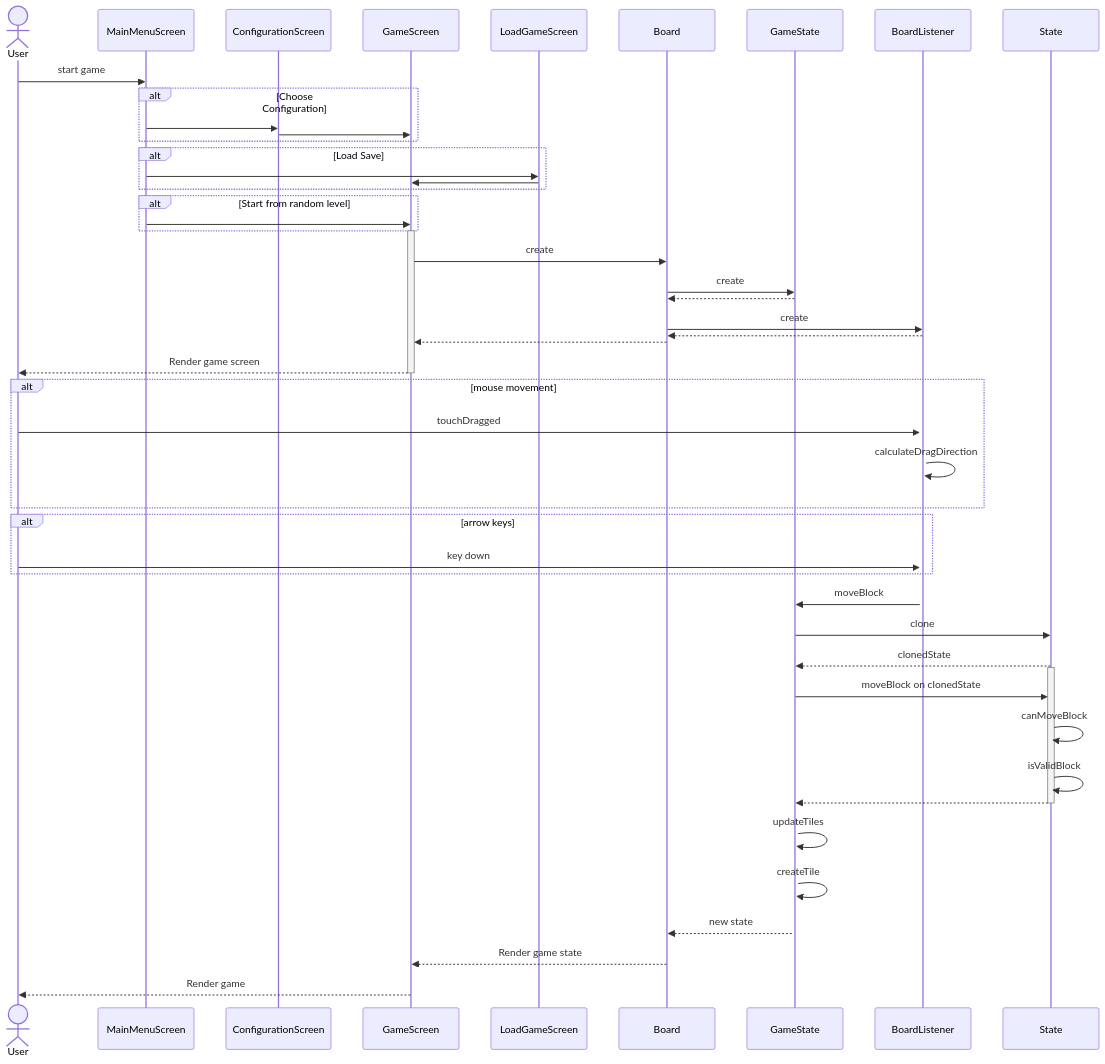
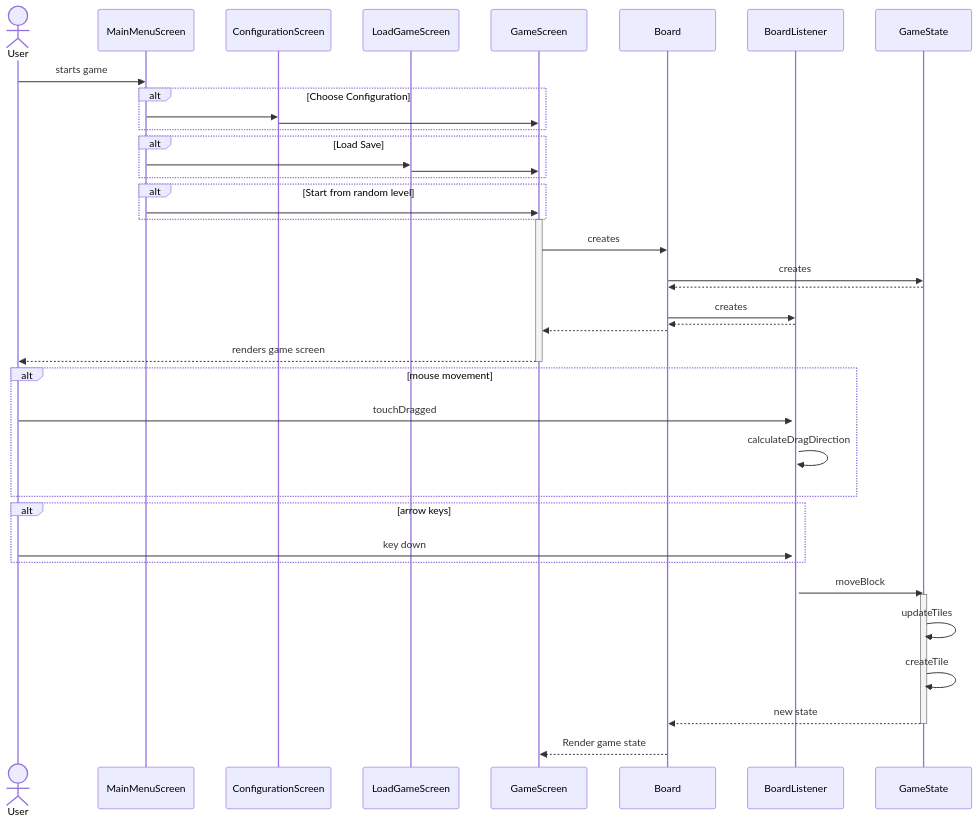
The ninth of 9 diagrams in docs/sequence_diagram/index.md (BIRSAx2/klotski), drawn with Mermaid before and after one commit. The commit also changed other lines of this file, not shown here.

Commit message:
Updated "move blocks" internal sequence diagram

````diff
--- a/docs/sequence_diagram/index.md
+++ b/docs/sequence_diagram/index.md
@@ -345,55 +341,55 @@
 ```mermaid
 sequenceDiagram
-actor User
     actor User
-    User ->> MainMenuScreen: start game
+    participant MainMenuScreen
+    participant ConfigurationScreen
+    participant LoadGameScreen
+    participant GameScreen
+    participant Board
+    participant BoardListener
+    participant GameState
+
+
+    User ->> MainMenuScreen: starts game
     
     alt Choose Configuration
         MainMenuScreen ->> ConfigurationScreen: 
         ConfigurationScreen ->> GameScreen: 
     end
 
     alt Load Save
         MainMenuScreen ->> LoadGameScreen: 
         LoadGameScreen ->> GameScreen: 
     end
     
     alt Start from random level 
         MainMenuScreen ->> GameScreen: 
     end
     activate GameScreen
-    GameScreen ->> Board: create
-    Board ->> GameState: create
+    GameScreen ->> Board: creates
+    Board ->> GameState: creates
     GameState -->> Board: 
-    Board ->> BoardListener: create
+    Board ->> BoardListener: creates
     BoardListener -->> Board: 
     Board -->> GameScreen: 
-    GameScreen -->> User: Render game screen
+    GameScreen -->> User: renders game screen
     deactivate GameScreen
     
     activate BoardListener
     alt mouse movement
-    User ->> BoardListener : touchDragged
-    BoardListener ->> BoardListener : calculateDragDirection
+        User ->> BoardListener : touchDragged
+        BoardListener ->> BoardListener : calculateDragDirection
     end
+
     alt arrow keys 
-    User ->> BoardListener: key down
+        User ->> BoardListener: key down
     end
+
     BoardListener ->> GameState : moveBlock
-    GameState ->> State : clone
-    State -->> GameState: clonedState
-    activate State
-    GameState ->> State: moveBlock on clonedState
-    State ->> State: canMoveBlock
-    State ->> State: isValidBlock
-    State -->> GameState: 
-    deactivate State
     activate GameState
     GameState ->> GameState : updateTiles
     GameState ->> GameState : createTile
     GameState -->> Board: new state
+    deactivate GameState
     Board -->> GameScreen: Render game state
-    GameScreen -->> User: Render game
-    
-
 ```
````
